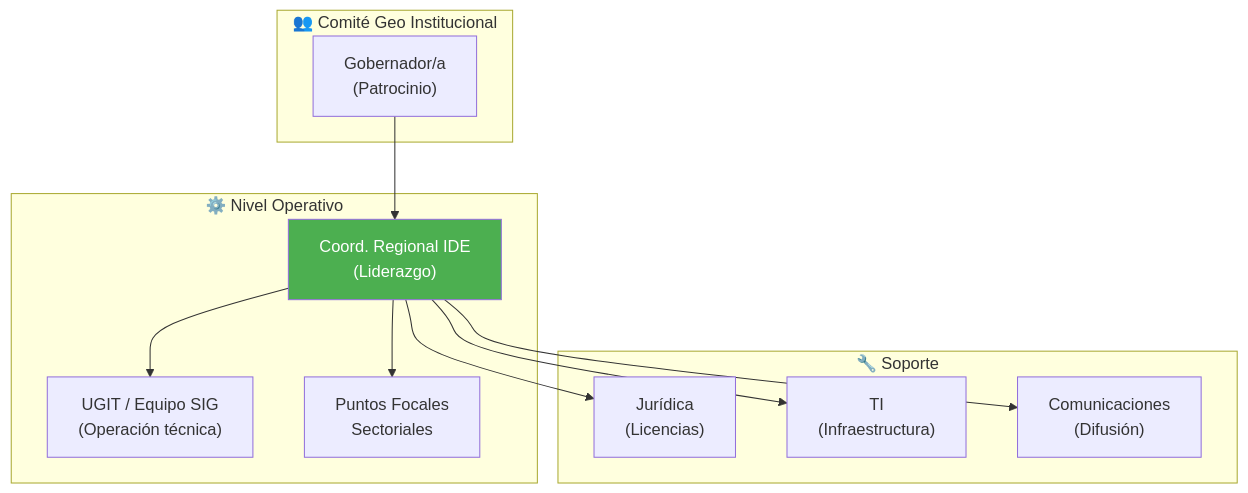
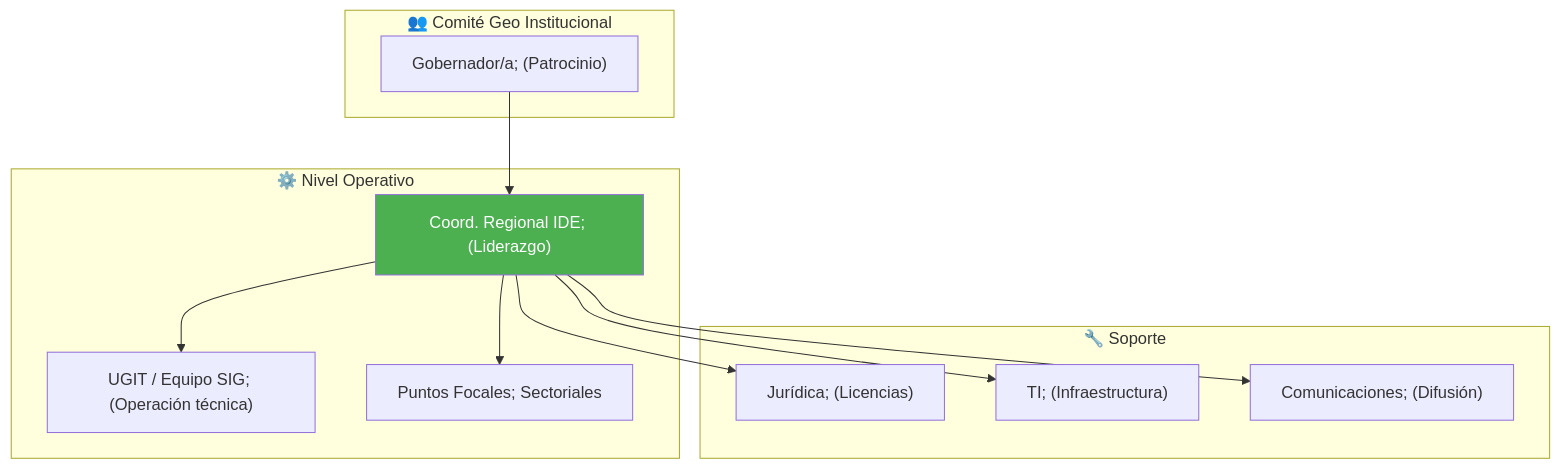
Before and after one commit to felix-antonio-sl/kora: the fifth of 7 diagrams in drafts/gn/bpmn/bpmn-d10-geoespacial-ide.md, drawn with Mermaid. The commit also changed other lines of this file and 265 other files, not shown here.

````diff
--- a/drafts/gn/bpmn/bpmn-d10-geoespacial-ide.md
+++ b/drafts/gn/bpmn/bpmn-d10-geoespacial-ide.md
@@ -200,19 +231,23 @@
 ```mermaid
 flowchart TD
-    subgraph COMITE["👥 Comité Geo Institucional"]
-        A["Gobernador/a<br/>(Patrocinio)"]
-    end
-    subgraph OPERATIVO["⚙️ Nivel Operativo"]
-        B["Coord. Regional IDE<br/>(Liderazgo)"]
-        C["UGIT / Equipo SIG<br/>(Operación técnica)"]
-        D["Puntos Focales<br/>Sectoriales"]
-    end
-    subgraph SOPORTE["🔧 Soporte"]
-        E["Jurídica<br/>(Licencias)"]
-        F["TI<br/>(Infraestructura)"]
-        G["Comunicaciones<br/>(Difusión)"]
-    end
-    A --> B --> C & D
-    B --> E & F & G
-    style B fill:#4CAF50,color:#fff
+ subgraph COMITE["👥 Comité Geo Institucional"]
+ A["Gobernador/a; (Patrocinio)"]
+ end
+
+ subgraph OPERATIVO["⚙️ Nivel Operativo"]
+ B["Coord. Regional IDE; (Liderazgo)"]
+ C["UGIT / Equipo SIG; (Operación técnica)"]
+ D["Puntos Focales; Sectoriales"]
+ end
+
+ subgraph SOPORTE["🔧 Soporte"]
+ E["Jurídica; (Licencias)"]
+ F["TI; (Infraestructura)"]
+ G["Comunicaciones; (Difusión)"]
+ end
+
+ A --> B --> C & D
+ B --> E & F & G
+
+ style B fill:#4CAF50,color:#fff
 ```
````
